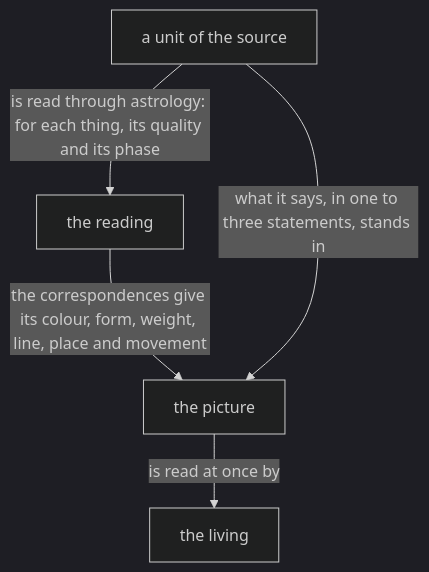
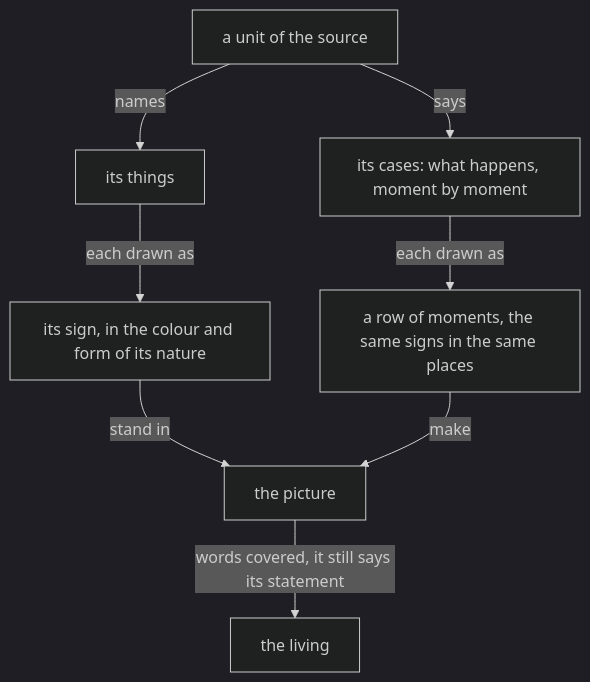
One commit to LiGoldragon/mind-belief changed the first of 2 diagrams in notion/visualizer/0.md. Above: the diagram before and after it, drawn with Mermaid (dark theme). The commit also changed other lines of this file and 3 other files, not shown here.

Commit message:
Define the visualizer, chart cases and visual source

````diff
--- a/notion/visualizer/0.md
+++ b/notion/visualizer/0.md
@@ -10,7 +8,10 @@
 ```mermaid
 flowchart TB
-    u["a unit of the source"] -- "is read through astrology: for each thing, its quality and its phase" --> r["the reading"]
-    r -- "the correspondences give its colour, form, weight, line, place and movement" --> p["the picture"]
-    u -- "what it says, in one to three statements, stands in" --> p
-    p -- "is read at once by" --> l["the living"]
+    u["a unit of the source"] -- "names" --> t["its things"]
+    u -- "says" --> c["its cases: what happens, moment by moment"]
+    t -- "each drawn as" --> s["its sign, in the colour and form of its nature"]
+    c -- "each drawn as" --> r["a row of moments, the same signs in the same places"]
+    s -- "stand in" --> p["the picture"]
+    r -- "make" --> p
+    p -- "words covered, it still says its statement" --> l["the living"]
 ```
````
